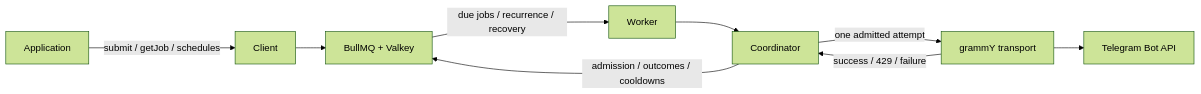
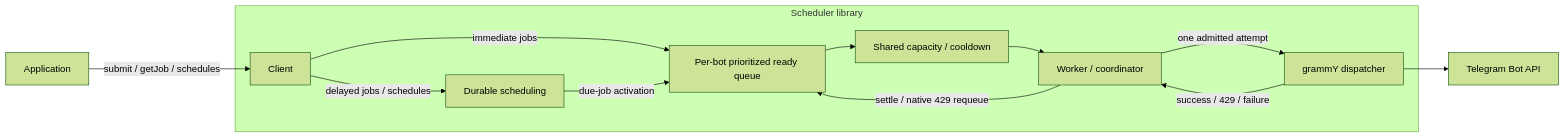
One commit to KnightNiwrem/tg-scheduler changed the diagram in docs/library-overview.md. Above: the diagram before and after it, drawn with Mermaid (forest theme). The commit also changed other lines of this file and 35 other files, not shown here.

First line of the commit message:
docs: confirm prioritized per-bot dispatch queue

````diff
--- a/docs/library-overview.md
+++ b/docs/library-overview.md
@@ -23,11 +24,15 @@
 ```mermaid
 flowchart LR
   Application -->|submit / getJob / schedules| Client
-  Client --> Backend["BullMQ + Valkey"]
-  Backend -->|due jobs / recurrence / recovery| Worker
-  Worker --> Coordinator
-  Coordinator -->|admission / outcomes / cooldowns| Backend
-  Coordinator -->|one admitted attempt| Transport[grammY transport]
+  subgraph Library[Scheduler library]
+    Client -->|immediate jobs| Ready[Per-bot prioritized ready queue]
+    Client -->|delayed jobs / schedules| Scheduling[Durable scheduling]
+    Scheduling -->|due-job activation| Ready
+    Ready --> Admission[Shared capacity / cooldown]
+    Admission --> Worker[Worker / coordinator]
+    Worker -->|one admitted attempt| Transport[grammY dispatcher]
+    Transport -->|success / 429 / failure| Worker
+    Worker -->|settle / native 429 requeue| Ready
+  end
   Transport --> Telegram[Telegram Bot API]
-  Transport -->|success / 429 / failure| Coordinator
 ```
````
